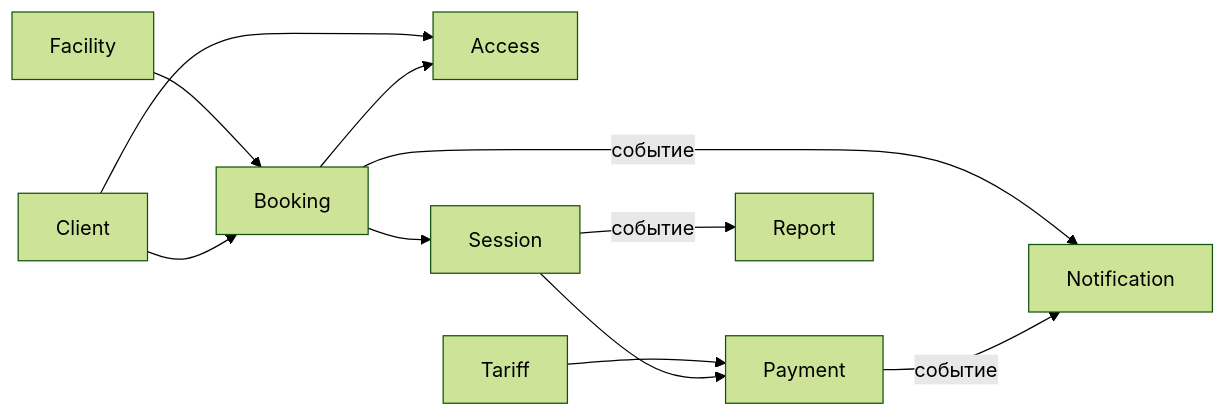
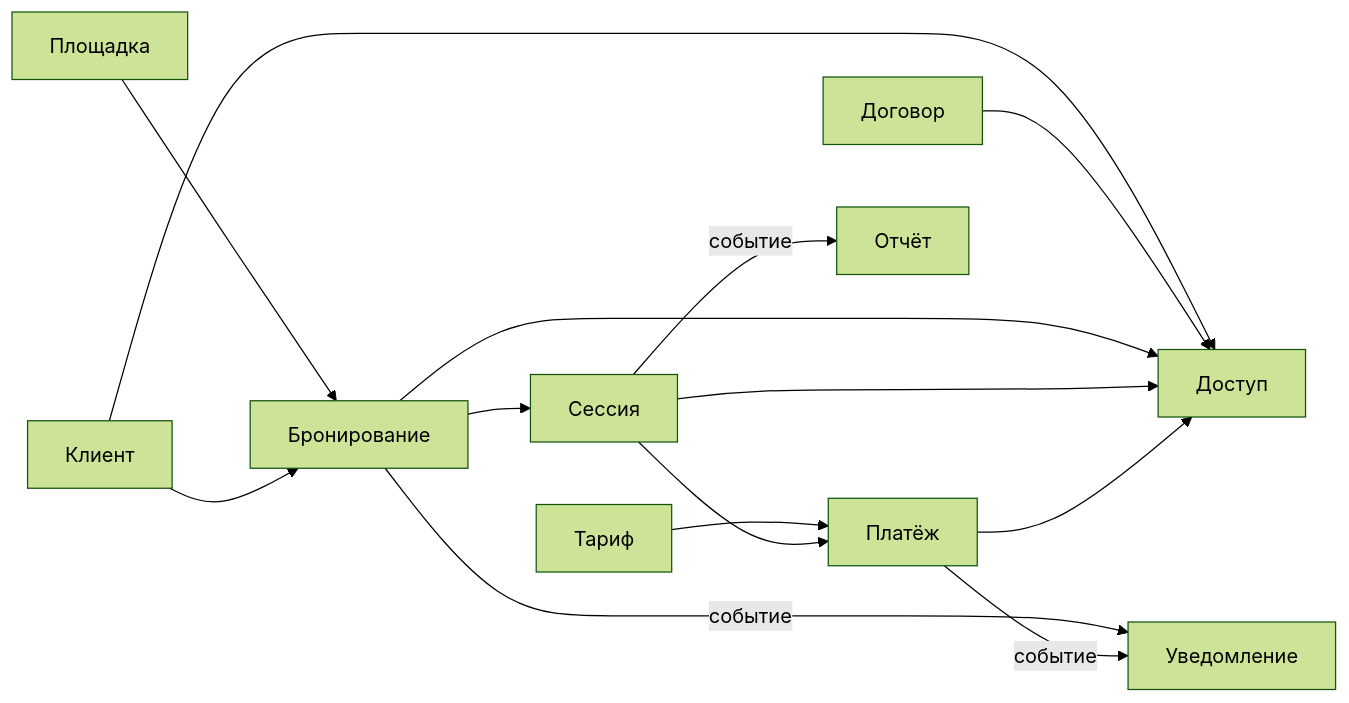
Before and after one commit to CeJIDb/sab-win-26-parking: the diagram in docs/architecture/ddd/ddd-bounded-contexts-study.md, drawn with Mermaid (forest theme). The commit also changed other lines of this file and 2 other files, not shown here.

````diff
--- a/docs/architecture/ddd/ddd-bounded-contexts-study.md
+++ b/docs/architecture/ddd/ddd-bounded-contexts-study.md
@@ -77,13 +77,16 @@
 ```mermaid
 graph LR
-    FAC[Facility] --> BOOK[Booking]
-    CLI[Client] --> BOOK
-    CLI --> ACC[Access]
+    FAC[Площадка] --> BOOK[Бронирование]
+    CLI[Клиент] --> BOOK
+    CLI --> ACC[Доступ]
+    CON[Договор] --> ACC
     BOOK --> ACC
-    BOOK --> SES[Session]
-    TAR[Tariff] --> PAY[Payment]
+    SES[Сессия] --> ACC
+    BOOK --> SES[Сессия]
+    TAR[Тариф] --> PAY[Платёж]
     SES --> PAY
-    BOOK -- событие --> NOT[Notification]
-    SES -- событие --> REP[Report]
+    PAY --> ACC
+    BOOK -- событие --> NOT[Уведомление]
+    SES -- событие --> REP[Отчёт]
     PAY -- событие --> NOT
 ```
````
